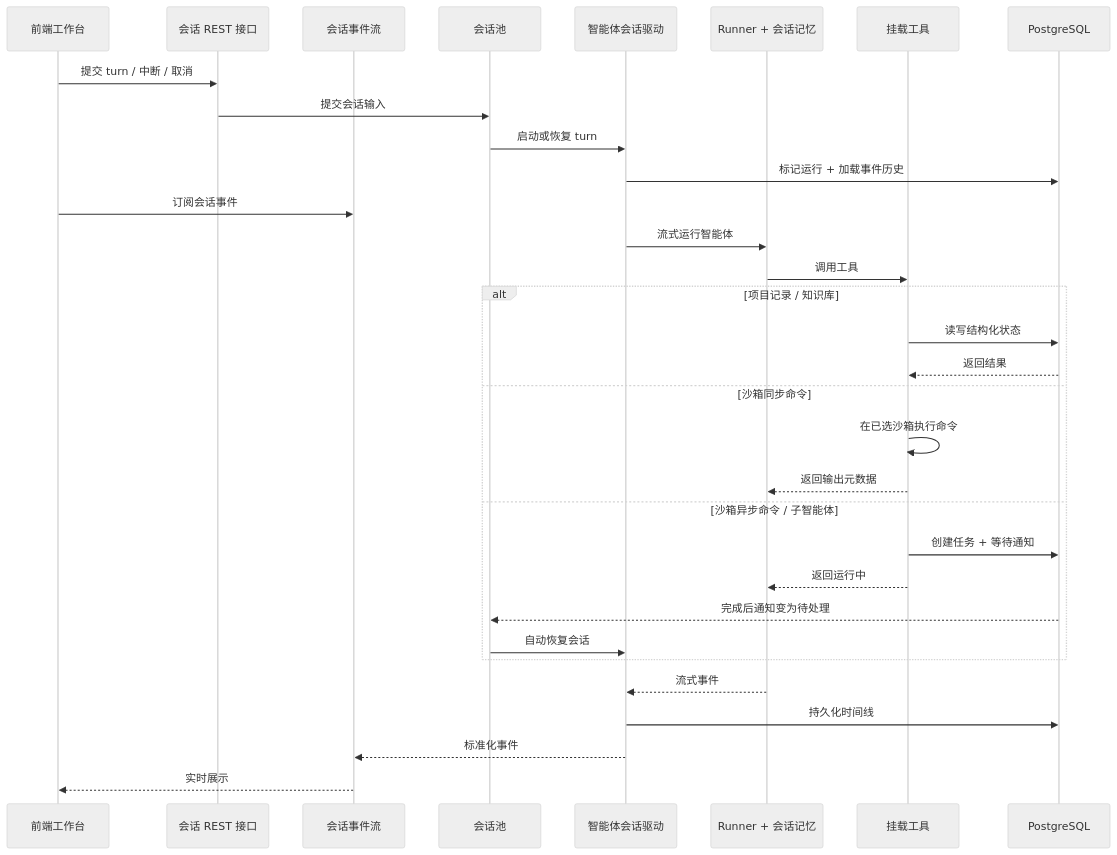
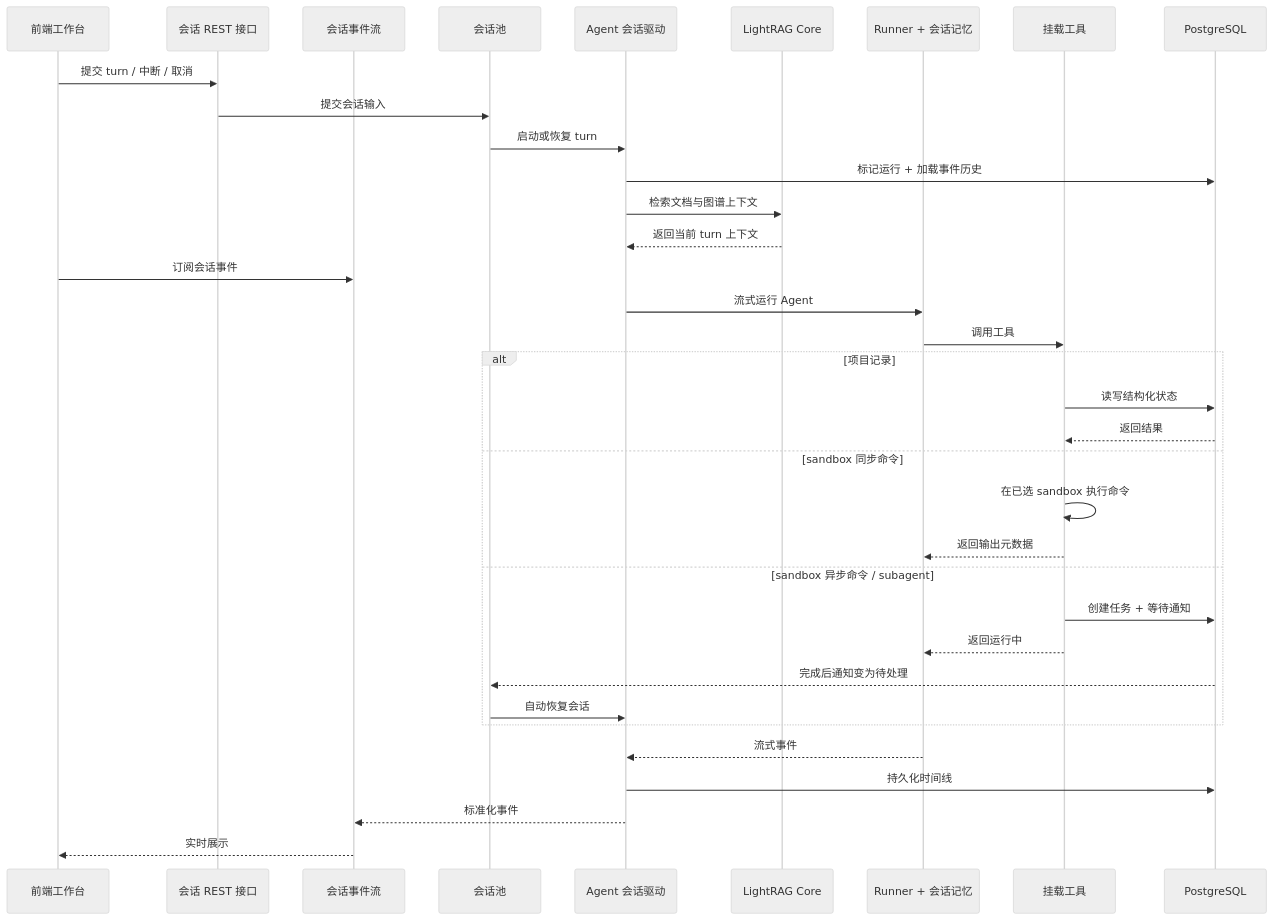
One commit to MolTau9527/Z3r0 changed the second of 2 diagrams in docs/zh/guide/overview.md. Above: the diagram before and after it, drawn with Mermaid (neutral theme). The commit also changed other lines of this file and 99 other files, not shown here.

Commit message:
feat: Add LightRAG knowledge management and contextual retrieval

````diff
--- a/docs/zh/guide/overview.md
+++ b/docs/zh/guide/overview.md
@@ -76,38 +79,41 @@
 ```mermaid
 sequenceDiagram
   participant UI as 前端工作台
   participant API as 会话 REST 接口
   participant WS as 会话事件流
   participant Pool as 会话池
-  participant Sess as 智能体会话驱动
+  participant Sess as Agent 会话驱动
+  participant RAG as LightRAG Core
   participant SDK as Runner + 会话记忆
   participant Tool as 挂载工具
   participant DB as PostgreSQL
 
   UI->>API: 提交 turn / 中断 / 取消
   API->>Pool: 提交会话输入
   Pool->>Sess: 启动或恢复 turn
   Sess->>DB: 标记运行 + 加载事件历史
+  Sess->>RAG: 检索文档与图谱上下文
+  RAG-->>Sess: 返回当前 turn 上下文
   UI->>WS: 订阅会话事件
-  Sess->>SDK: 流式运行智能体
+  Sess->>SDK: 流式运行 Agent
 
   SDK->>Tool: 调用工具
 
-  alt 项目记录 / 知识库
+  alt 项目记录
     Tool->>DB: 读写结构化状态
     DB-->>Tool: 返回结果
-  else 沙箱同步命令
-    Tool->>Tool: 在已选沙箱执行命令
+  else sandbox 同步命令
+    Tool->>Tool: 在已选 sandbox 执行命令
     Tool-->>SDK: 返回输出元数据
-  else 沙箱异步命令 / 子智能体
+  else sandbox 异步命令 / subagent
     Tool->>DB: 创建任务 + 等待通知
     Tool-->>SDK: 返回运行中
     DB-->>Pool: 完成后通知变为待处理
     Pool->>Sess: 自动恢复会话
   end
 
   SDK-->>Sess: 流式事件
   Sess->>DB: 持久化时间线
   Sess-->>WS: 标准化事件
   WS-->>UI: 实时展示
 ```
````
